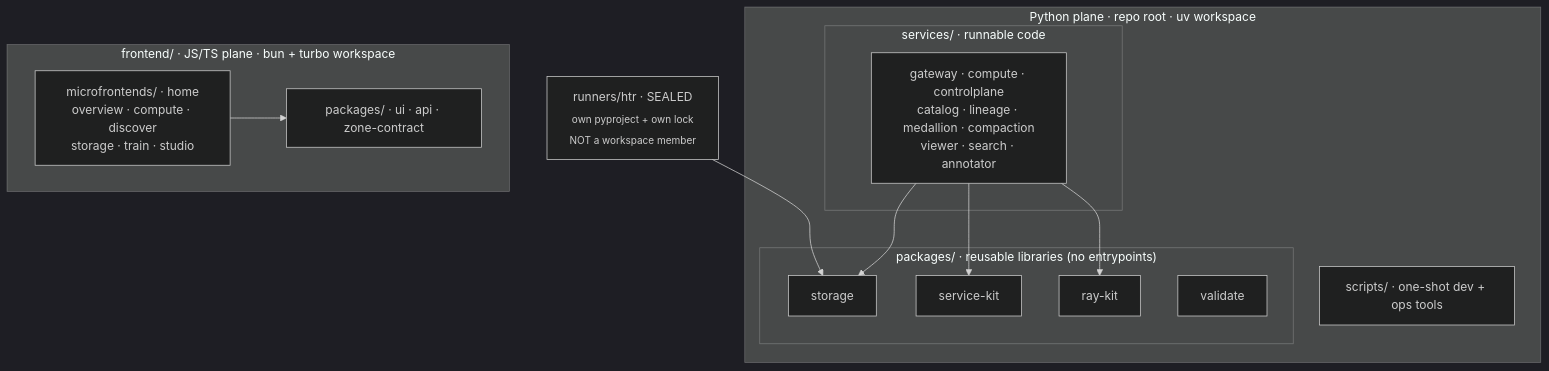
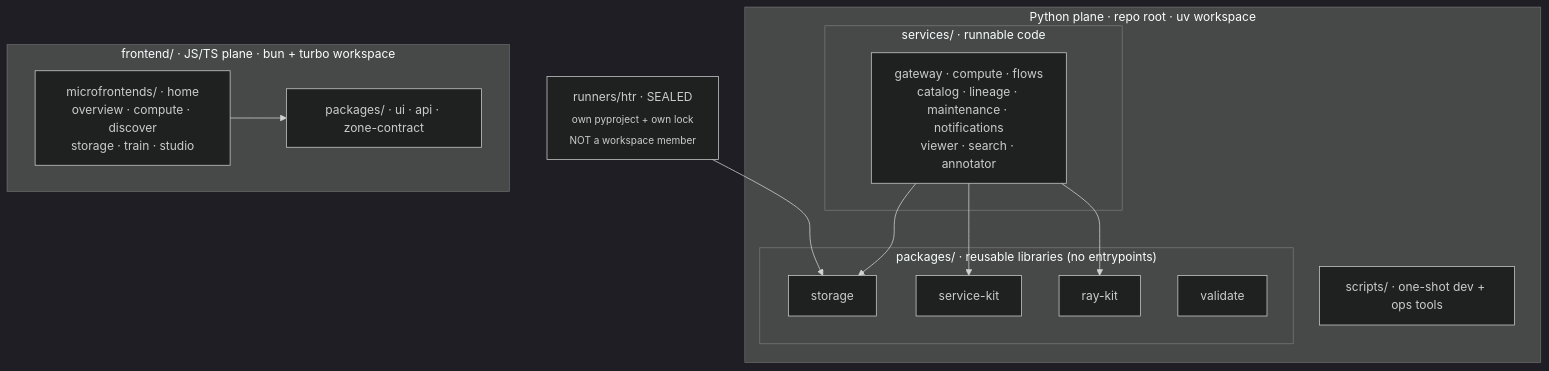
One commit to AI-Riksarkivet/rask changed the diagram in docs/architecture/layout.md. Above: the diagram before and after it, drawn with Mermaid (dark theme). The commit also changed other lines of this file and 44 other files, not shown here.

First line of the commit message:
docs: the lakehouse runs no stage, no training and no engine; compute is a fixture; no controlplane (LH-464)

````diff
--- a/docs/architecture/layout.md
+++ b/docs/architecture/layout.md
@@ -13,24 +13,24 @@
 ```mermaid
 flowchart TD
     subgraph py["Python plane · repo root · uv workspace"]
         subgraph services["services/ · runnable code"]
-            cs["gateway · compute · controlplane<br/>catalog · lineage · medallion · compaction<br/>viewer · search · annotator"]
+            cs["gateway · compute · flows<br/>catalog · lineage · maintenance · notifications<br/>viewer · search · annotator"]
         end
         subgraph packages["packages/ · reusable libraries (no entrypoints)"]
             pst["storage"]
             psk["service-kit"]
             prk["ray-kit"]
             ptv["validate"]
         end
         cx["scripts/ · one-shot dev + ops tools"]
     end
     subgraph js["frontend/ · JS/TS plane · bun + turbo workspace"]
         mf["microfrontends/ · home<br/>overview · compute · discover<br/>storage · train · studio"]
         fpk["packages/ · ui · api · zone-contract"]
     end
     rn["runners/htr · SEALED<br/><sub>own pyproject + own lock<br/>NOT a workspace member</sub>"] --> pst
     cs --> psk
     cs --> prk
     cs --> pst
     mf --> fpk
 ```
````
